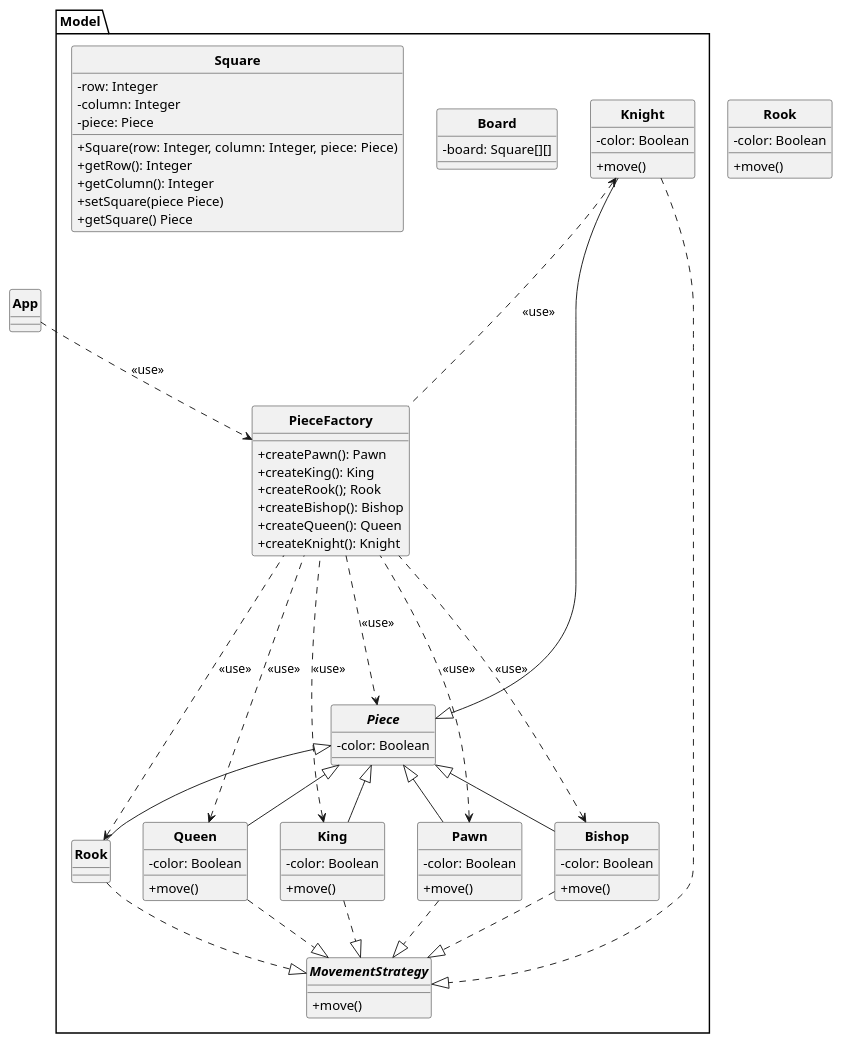
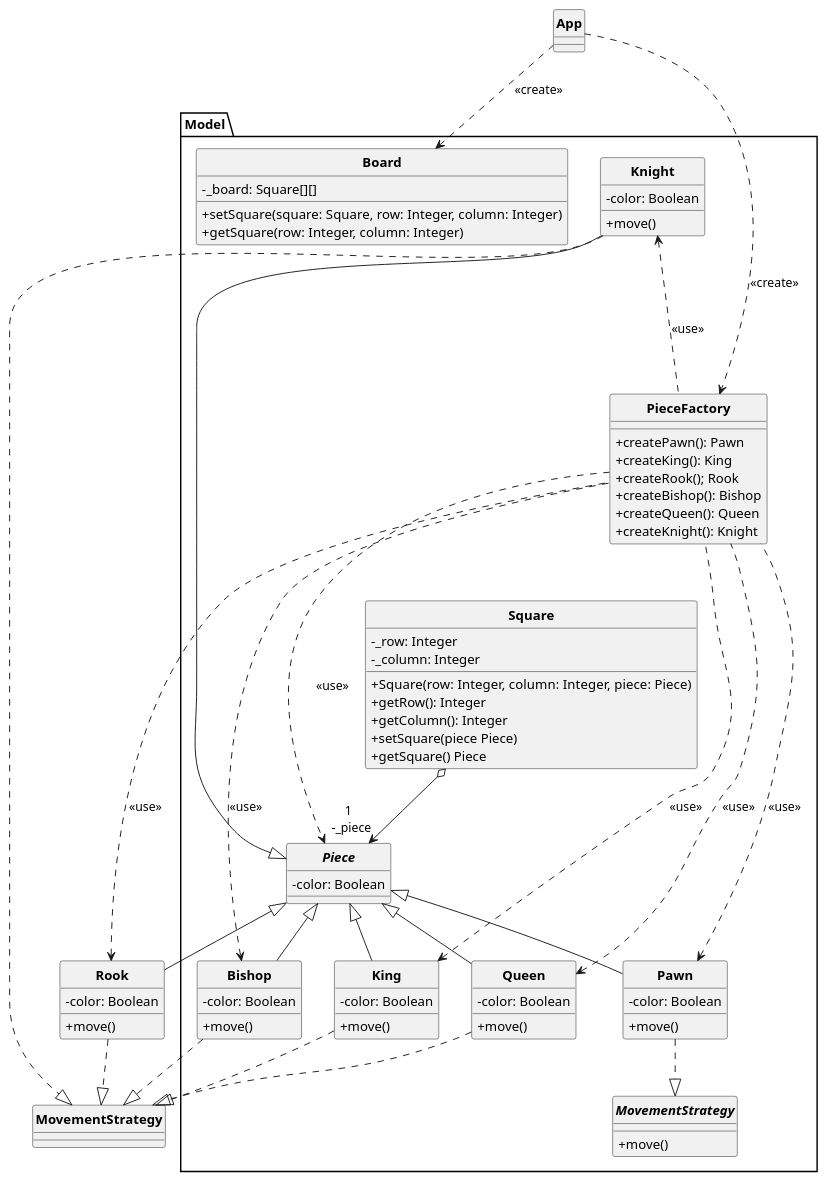
One commit to MaxDevelo/Chess-Game changed the diagram in UML/Chessgame.puml. Above: the diagram before and after it, drawn with PlantUML. The commit also changed 30 other files, not shown here.

```diff
--- a/UML/Chessgame.puml
+++ b/UML/Chessgame.puml
@@ -1,105 +1,106 @@
 @startuml
 
 skinparam style strictuml
 skinparam classAttributeIconSize 0
 skinparam classFontStyle Bold
 hide enum methods
 
 
 class App{
 
 }
 
 
 package Model{
     class Board{
-    - board: Square[][]
-
+    - _board: Square[][]
+    + setSquare(square: Square, row: Integer, column: Integer)
+    + getSquare(row: Integer, column: Integer)
     }
 
     class Square{
-    - row: Integer
-    - column: Integer
-    - piece: Piece
+    - _row: Integer
+    - _column: Integer
     + Square(row: Integer, column: Integer, piece: Piece)
     + getRow(): Integer
     + getColumn(): Integer
     + setSquare(piece Piece)
     + getSquare() Piece
     }
 
     abstract Piece{
     - color: Boolean
     }
 
     class PieceFactory{
     + createPawn(): Pawn
     + createKing(): King
     + createRook(); Rook
     + createBishop(): Bishop
     + createQueen(): Queen
     + createKnight(): Knight
     }
 
     interface MovementStrategy{
     + move()
     }
 
     'class Model.Forward extends MovementStrategy{'
     '+ move()'
     '}'
 
     class Pawn{
     - color: Boolean
     + move()
     }
 
     class King{
     - color: Boolean
     + move()
     }
 
     class .Rook{
     - color: Boolean
     + move()
     }
 
     class Bishop{
     - color: Boolean
     + move()
     }
 
     class Queen{
     - color: Boolean
     + move()
     }
 
     class Knight{
     - color: Boolean
     + move()
     }
 }
 
-App ..> Model.PieceFactory : <<use>>
-Model.Pawn ..|> Model.MovementStrategy
-Model.King ..|> Model.MovementStrategy
-Model.Rook ..|> Model.MovementStrategy
-Model.Bishop ..|> Model.MovementStrategy
-Model.Queen ..|> Model.MovementStrategy
-Model.Knight ..|> Model.MovementStrategy
-Model.PieceFactory ...> Model.Piece : <<use>>
-Model.Pawn -u-|> Model.Piece
-Model.King -u-|> Model.Piece
-Model.Rook -u-|> Model.Piece
-Model.Bishop -u-|> Model.Piece
-Model.Queen -u-|> Model.Piece
-Model.Knight -u-|> Model.Piece
-Model.PieceFactory -u..> Model.Pawn : <<use>>
-Model.PieceFactory -u..> Model.King : <<use>>
-Model.PieceFactory -u..> Model.Rook : <<use>>
-Model.PieceFactory -u..> Model.Bishop : <<use>>
-Model.PieceFactory -u..> Model.Queen : <<use>>
-Model.PieceFactory -u..> Model.Knight : <<use>>
-
+Square o--> "1 \n -_piece" Piece
+App ..> PieceFactory : <<create>>
+App ..> Board : <<create>>
+Pawn ..|> MovementStrategy
+King ..|> .MovementStrategy
+Rook ..|> MovementStrategy
+Bishop ..|> MovementStrategy
+Queen ..|> MovementStrategy
+Knight ..|> MovementStrategy
+PieceFactory ...> Piece : <<use>>
+Pawn -u-|> Piece
+King -u-|> Piece
+Rook -u-|> Piece
+Bishop -u-|> Piece
+Queen -u-|> Piece
+Knight -u-|> Piece
+PieceFactory -u..> Pawn : <<use>>
+PieceFactory -u..> King : <<use>>
+PieceFactory -u..> Rook : <<use>>
+PieceFactory -u..> Bishop : <<use>>
+PieceFactory -u..> Queen : <<use>>
+PieceFactory -u..> Knight : <<use>>
 
 @enduml
```
